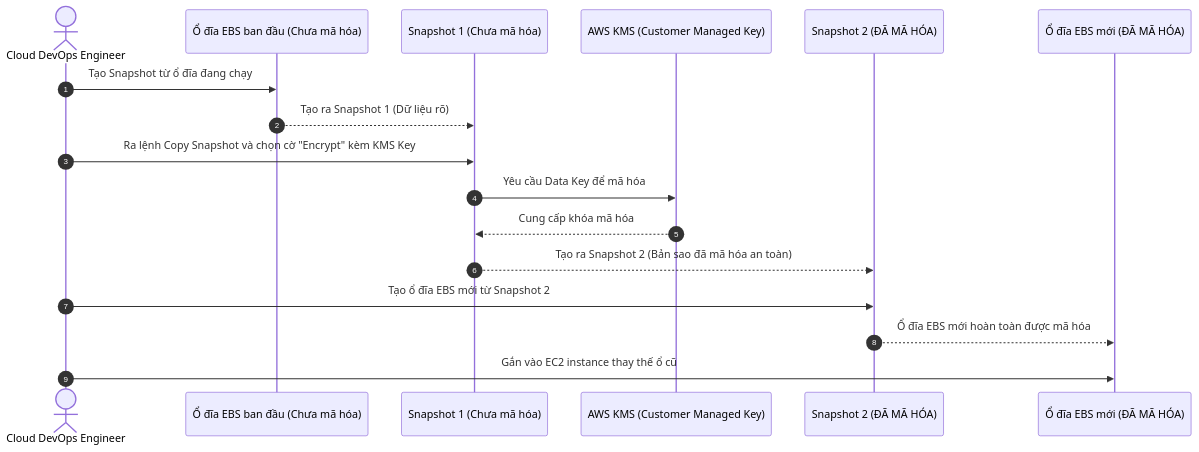
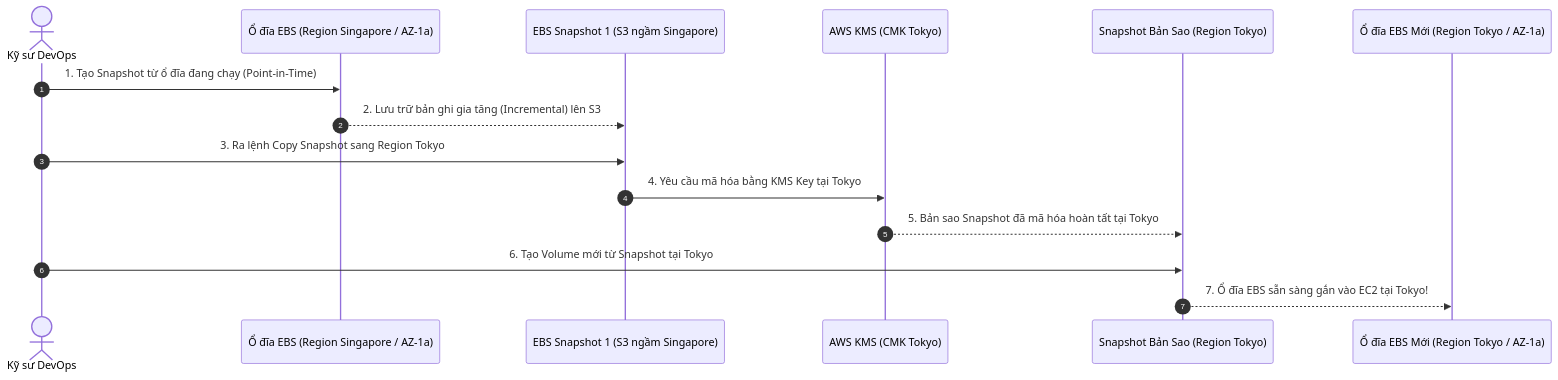
Before and after one commit to nhatphanhk/AWS_XBrain_Note: the fourth of 5 diagrams in AWS_Services/EBS_EFS_Storage.md, drawn with Mermaid. The commit also changed other lines of this file and 15 other files, not shown here.

````diff
--- a/AWS_Services/EBS_EFS_Storage.md
+++ b/AWS_Services/EBS_EFS_Storage.md
@@ -100,20 +137,18 @@
 ```mermaid
 sequenceDiagram
     autonumber
-    actor Admin as Cloud DevOps Engineer
-    participant UnencVol as Ổ đĩa EBS ban đầu (Chưa mã hóa)
-    participant Snap1 as Snapshot 1 (Chưa mã hóa)
-    participant KMS as AWS KMS (Customer Managed Key)
-    participant Snap2 as Snapshot 2 (ĐÃ MÃ HÓA)
-    participant EncVol as Ổ đĩa EBS mới (ĐÃ MÃ HÓA)
+    actor Admin as Kỹ sư DevOps
+    participant EBS_A as Ổ đĩa EBS (Region Singapore / AZ-1a)
+    participant Snap_A as EBS Snapshot 1 (S3 ngầm Singapore)
+    participant KMS as AWS KMS (CMK Tokyo)
+    participant Snap_B as Snapshot Bản Sao (Region Tokyo)
+    participant EBS_B as Ổ đĩa EBS Mới (Region Tokyo / AZ-1a)
 
-    Admin->>UnencVol: Tạo Snapshot từ ổ đĩa đang chạy
-    UnencVol-->>Snap1: Tạo ra Snapshot 1 (Dữ liệu rõ)
-    Admin->>Snap1: Ra lệnh Copy Snapshot và chọn cờ "Encrypt" kèm KMS Key
-    Snap1->>KMS: Yêu cầu Data Key để mã hóa
-    KMS-->>Snap1: Cung cấp khóa mã hóa
-    Snap1-->>Snap2: Tạo ra Snapshot 2 (Bản sao đã mã hóa an toàn)
-    Admin->>Snap2: Tạo ổ đĩa EBS mới từ Snapshot 2
-    Snap2-->>EncVol: Ổ đĩa EBS mới hoàn toàn được mã hóa
-    Admin->>EncVol: Gắn vào EC2 instance thay thế ổ cũ
+    Admin->>EBS_A: 1. Tạo Snapshot từ ổ đĩa đang chạy (Point-in-Time)
+    EBS_A-->>Snap_A: 2. Lưu trữ bản ghi gia tăng (Incremental) lên S3
+    Admin->>Snap_A: 3. Ra lệnh Copy Snapshot sang Region Tokyo
+    Snap_A->>KMS: 4. Yêu cầu mã hóa bằng KMS Key tại Tokyo
+    KMS-->>Snap_B: 5. Bản sao Snapshot đã mã hóa hoàn tất tại Tokyo
+    Admin->>Snap_B: 6. Tạo Volume mới từ Snapshot tại Tokyo
+    Snap_B-->>EBS_B: 7. Ổ đĩa EBS sẵn sàng gắn vào EC2 tại Tokyo!
 ```
````
